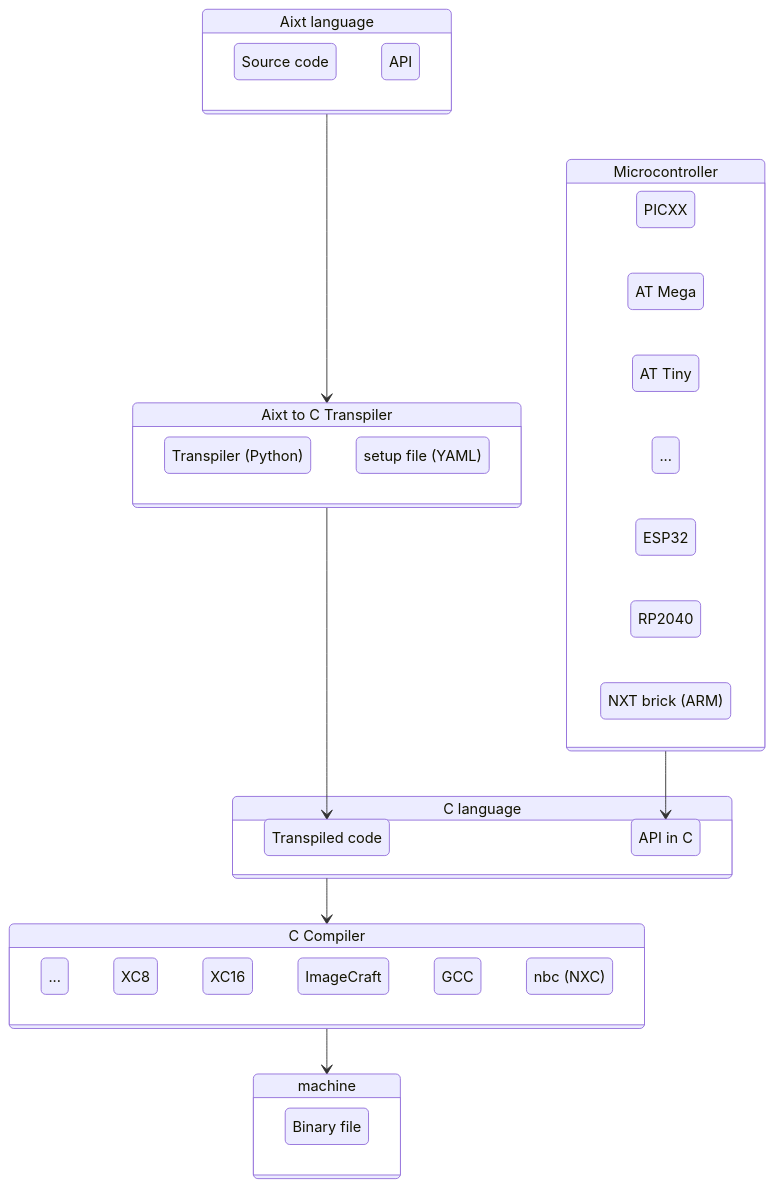
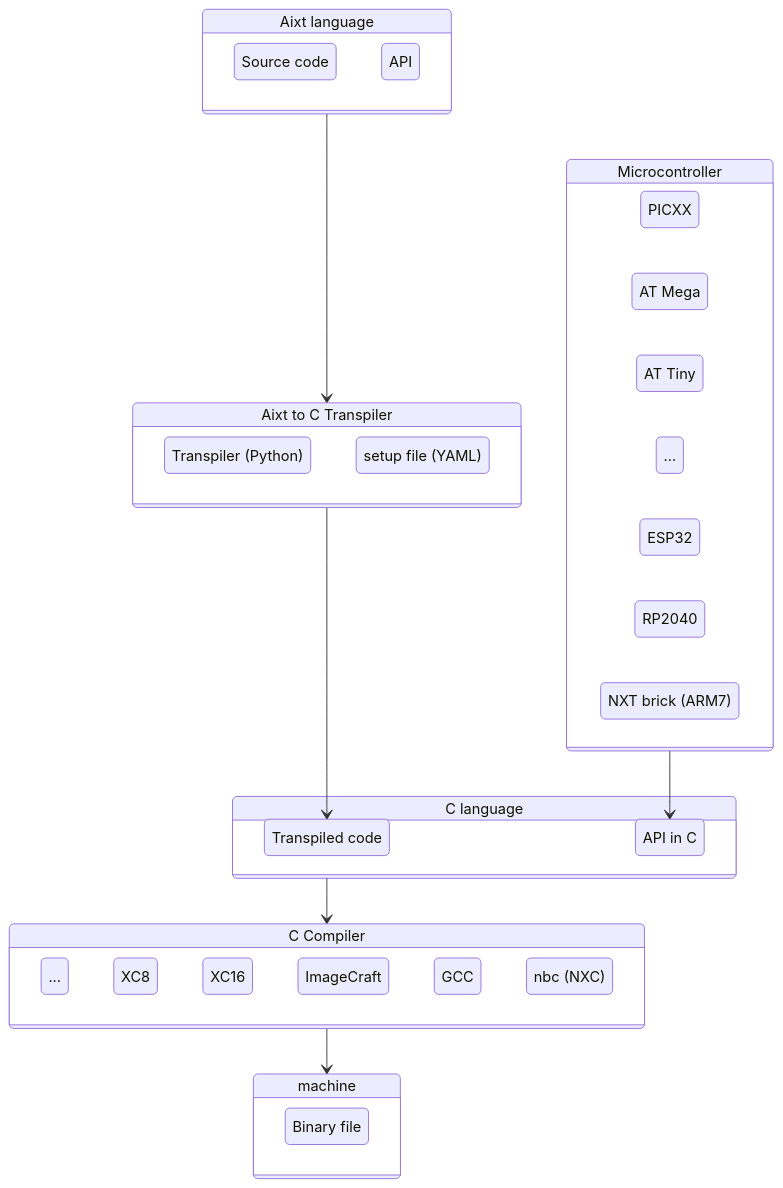
One commit to fermarsan/aixt changed the diagram in README.md. Above: the diagram before and after it, drawn with Mermaid.

Commit message:
Diagram update

````diff
--- a/README.md
+++ b/README.md
@@ -9,57 +9,57 @@
 ```mermaid
 stateDiagram-v2
 
     Aixt: Aixt language
     state Aixt {
         source: Source code
         API
     }
 
     Aixt2C: Aixt to C Transpiler
     state Aixt2C {
         Transpiler: Transpiler (Python)
         setup: setup file (YAML)
     }
 
     C: C language
     state C {
         Tr_Code: Transpiled code
         API_C: API in C
     }
 
     state Microcontroller {
         direction RL
         PICs: PICXX
         ATM: AT Mega
         ATT: AT Tiny
         others2: ...
         ESP32
         RP2040
-        NXT: NXT brick (ARM) 
+        NXT: NXT brick (ARM7) 
     }
 
     C_Compiler: C Compiler
     state C_Compiler {
         others: ...
         XC8  
         XC16 
         ImageCraft
         GCC  
         others 
         nbc: nbc (NXC) 
     }
     
     machine
     state machine {
         BF: Binary file
     }
     
     Aixt    --> Aixt2C 
     Aixt2C  --> Tr_Code
 
     C       --> C_Compiler
 
     C_Compiler  --> machine
 
     Microcontroller --> API_C
 ```
````
